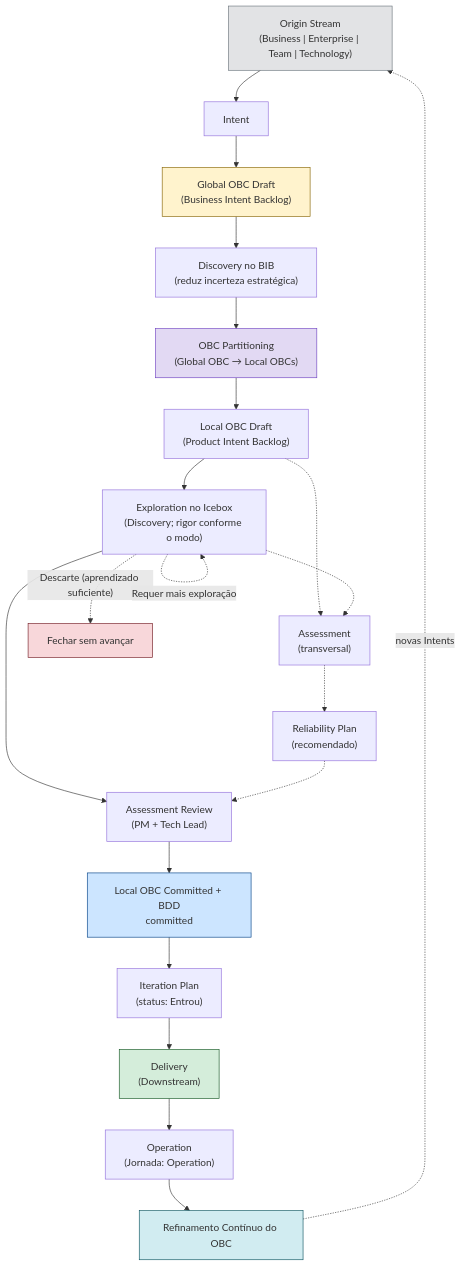
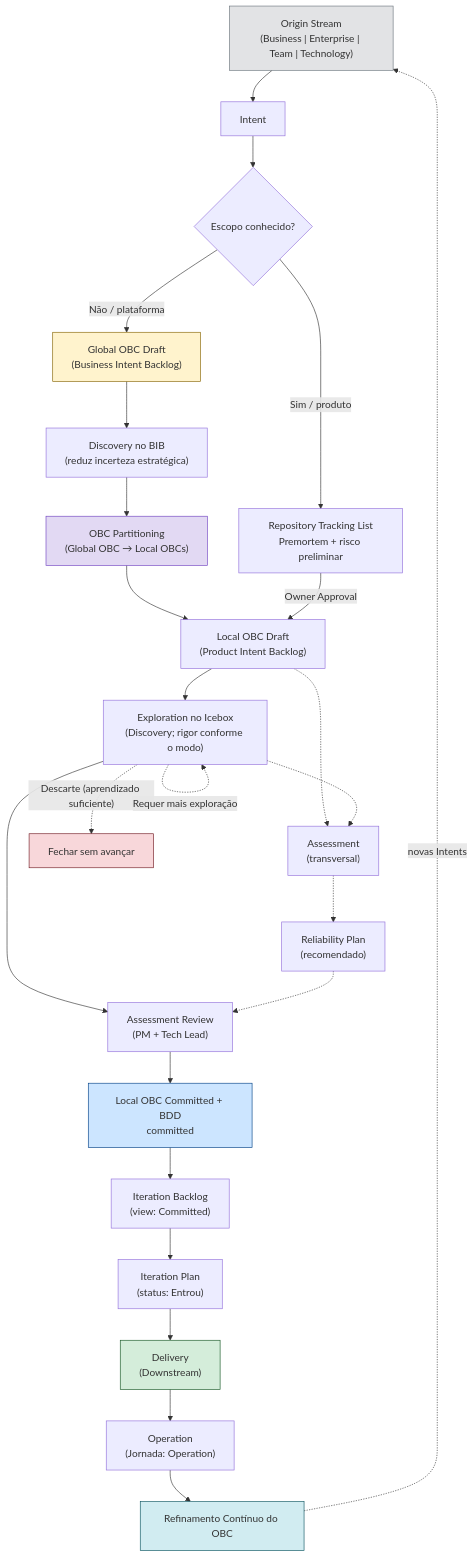
The diagram in prodops/framework/flow.md (produtoreativo/payments-api), drawn with Mermaid before and after one commit. The commit also changed other lines of this file and 9 other files, not shown here.

Commit message:
docs(prodops): unify global and local intent flows

````diff
--- a/prodops/framework/flow.md
+++ b/prodops/framework/flow.md
@@ -19,47 +19,53 @@
 ```mermaid
 flowchart TD
     OS["Origin Stream\n(Business | Enterprise | Team | Technology)"]
     I["Intent"]
+    CHOICE{"Escopo conhecido?"}
+    RTL["Repository Tracking List\nPremortem + risco preliminar"]
     GBIB["Global OBC Draft\n(Business Intent Backlog)"]
     EX1["Discovery no BIB\n(reduz incerteza estratégica)"]
     PART["OBC Partitioning\n(Global OBC → Local OBCs)"]
     LPIB["Local OBC Draft\n(Product Intent Backlog)"]
     EX2["Exploration no Icebox\n(Discovery; rigor conforme o modo)"]
     AS["Assessment\n(transversal)"]
     RP["Reliability Plan\n(recomendado)"]
     REV["Assessment Review\n(PM + Tech Lead)"]
     OBC["Local OBC Committed + BDD\ncommitted"]
     IP["Iteration Plan\n(status: Entrou)"]
     D["Delivery\n(Downstream)"]
     OP["Operation\n(Jornada: Operation)"]
     REF["Refinamento Contínuo do OBC"]
 
     OS --> I
-    I --> GBIB
+    I --> CHOICE
+    CHOICE -->|"Não / plataforma"| GBIB
+    CHOICE -->|"Sim / produto"| RTL
     GBIB --> EX1
     EX1 --> PART
     PART --> LPIB
+    RTL -->|"Owner Approval"| LPIB
     LPIB --> EX2
     EX2 --> REV
     LPIB -.-> AS
     EX2 -.-> AS
     AS -.-> RP
     RP -.-> REV
     REV --> OBC
-    OBC --> IP
+    OBC --> IB["Iteration Backlog\n(view: Committed)"]
+    IB --> IP
     IP --> D
     D --> OP
     OP --> REF
     REF -.->|"novas Intents"| OS
 
     EX2 -.->|"Descarte (aprendizado suficiente)"| X[Fechar sem avançar]
     EX2 -.->|"Requer mais exploração"| EX2
 
     style OS fill:#e2e3e5,stroke:#6c757d
     style GBIB fill:#fff3cd,stroke:#856404
     style PART fill:#e2d9f3,stroke:#6f42c1
     style OBC fill:#cce5ff,stroke:#004085
     style D fill:#d4edda,stroke:#155724
     style X fill:#f8d7da,stroke:#721c24
     style REF fill:#d1ecf1,stroke:#0c5460
 ```
````
